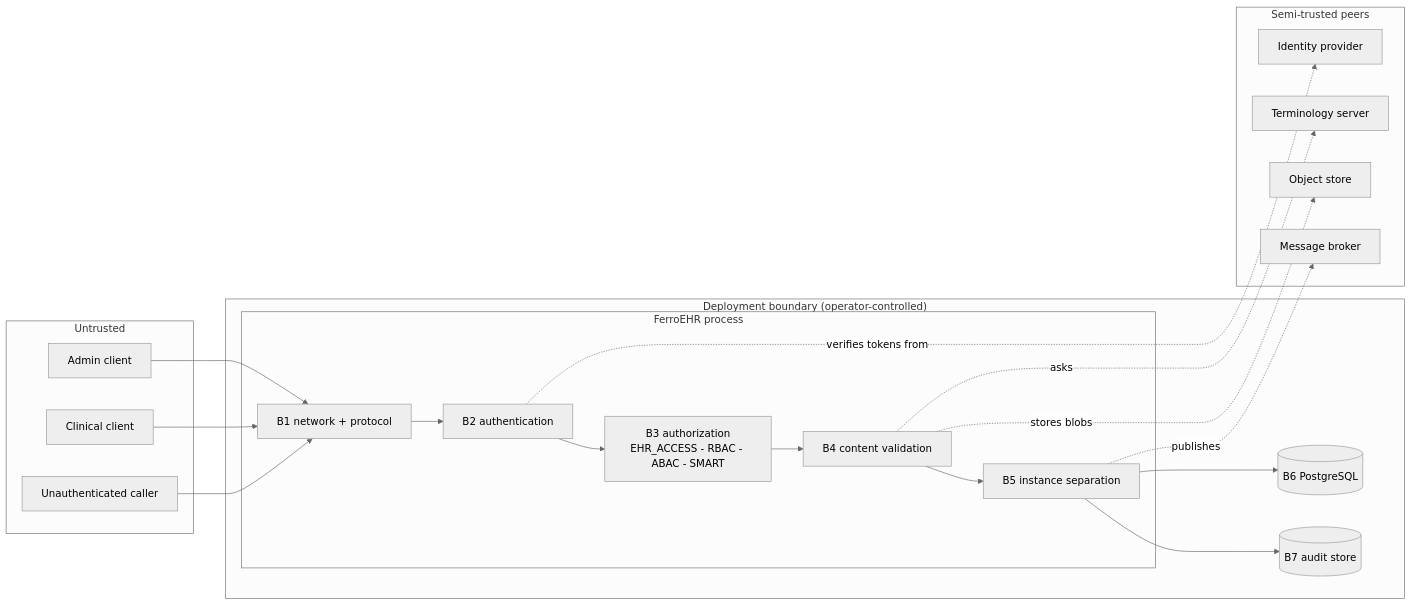
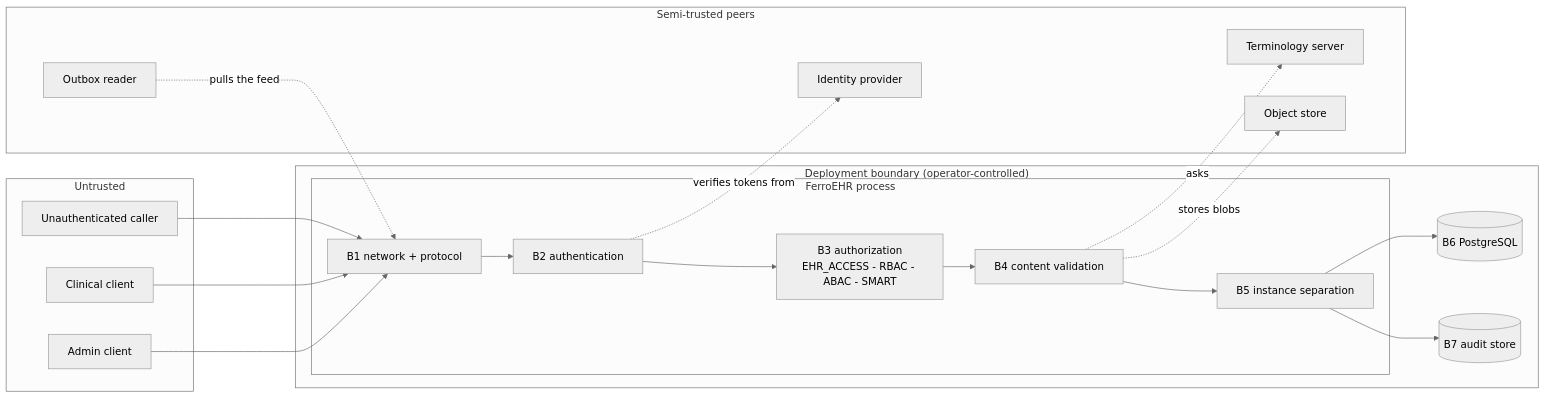
The diagram in website/book/src/threat-model.md (FerroHEALTH/FerroEHR), drawn with Mermaid (neutral theme) before and after one commit. The commit also changed other lines of this file and 159 other files, not shown here.

````diff
--- a/website/book/src/threat-model.md
+++ b/website/book/src/threat-model.md
@@ -69,38 +69,38 @@
 ```mermaid
 flowchart LR
   subgraph Untrusted
     U[Unauthenticated caller]
     C[Clinical client]
     A[Admin client]
   end
   subgraph Deployment["Deployment boundary (operator-controlled)"]
     subgraph Server["FerroEHR process"]
       B1["B1 network + protocol"]
       B2["B2 authentication"]
       B3["B3 authorization<br/>EHR_ACCESS - RBAC - ABAC - SMART"]
       B4["B4 content validation"]
       B5["B5 instance separation"]
     end
     DB[("B6 PostgreSQL")]
     AUD[("B7 audit store")]
   end
   subgraph External["Semi-trusted peers"]
     IDP[Identity provider]
     TS[Terminology server]
     S3[Object store]
-    MQ[Message broker]
+    MQ[Outbox reader]
   end
   U --> B1
   C --> B1
   A --> B1
   B1 --> B2
   B2 --> B3
   B3 --> B4
   B4 --> B5
   B5 --> DB
   B5 --> AUD
   B2 -.verifies tokens from.-> IDP
   B4 -.asks.-> TS
   B4 -.stores blobs.-> S3
-  B5 -.publishes.-> MQ
+  MQ -.pulls the feed.-> B1
 ```
````
